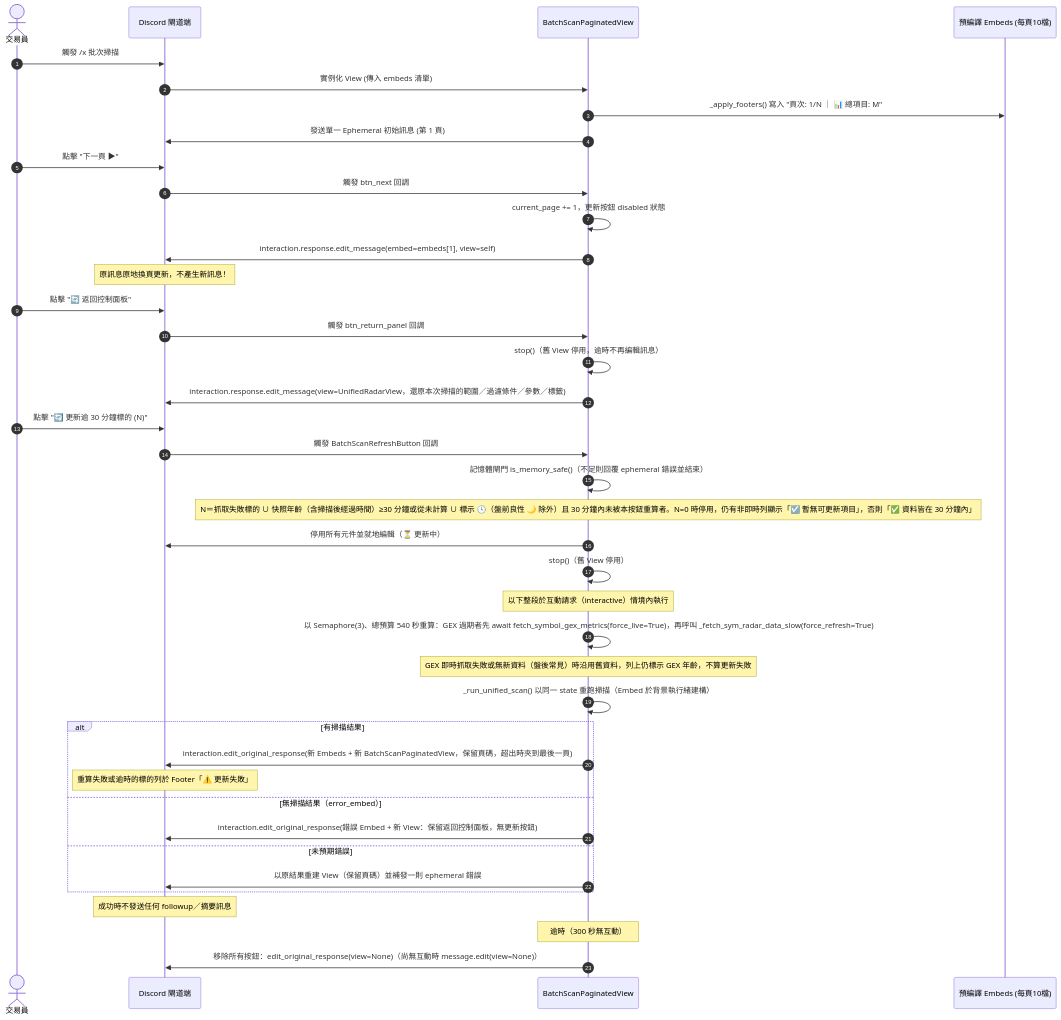
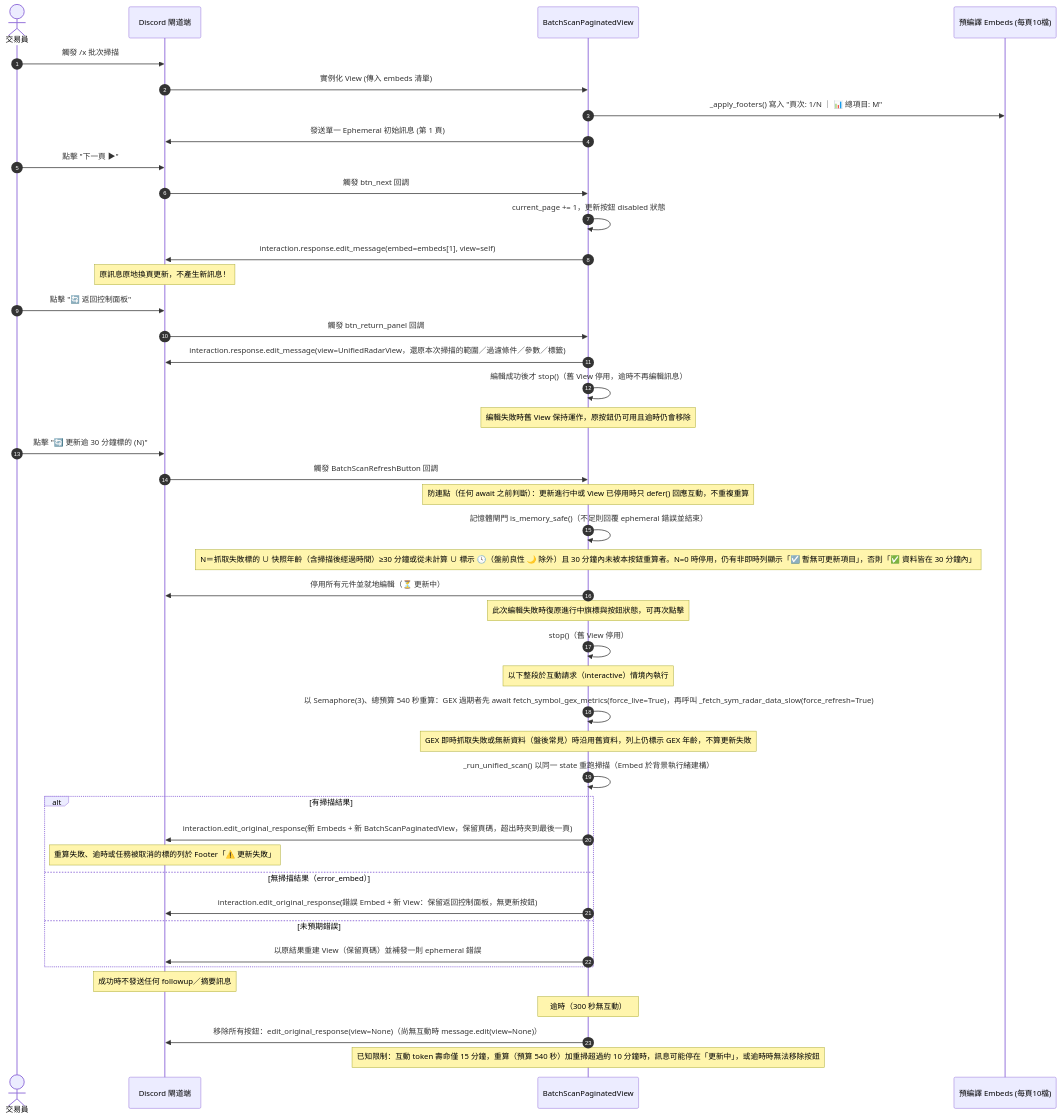
One commit to cosmo-chang-1701/nexus-seeker changed the second of 3 diagrams in docs/architecture/04_engineering_standards.md. Above: the diagram before and after it, drawn with Mermaid. The commit also changed other lines of this file and 2 other files, not shown here.

Commit message:
sop(radar-refresh-edges): 修正返回面板、更新按鈕連點與重算任務取消三個邊角

````diff
--- a/docs/architecture/04_engineering_standards.md
+++ b/docs/architecture/04_engineering_standards.md
@@ -107,47 +107,51 @@
 ```mermaid
 sequenceDiagram
     autonumber
     actor User as 交易員
     participant Discord as Discord 閘道端
     participant View as BatchScanPaginatedView
     participant Embeds as 預編譯 Embeds (每頁10檔)
 
     User->>Discord: 觸發 /x 批次掃描
     Discord->>View: 實例化 View (傳入 embeds 清單)
     View->>Embeds: _apply_footers() 寫入 "頁次: 1/N ｜ 📊 總項目: M"
     View->>Discord: 發送單一 Ephemeral 初始訊息 (第 1 頁)
 
     User->>Discord: 點擊 "下一頁 ▶"
     Discord->>View: 觸發 btn_next 回調
     View->>View: current_page += 1，更新按鈕 disabled 狀態
     View->>Discord: interaction.response.edit_message(embed=embeds[1], view=self)
     Note over Discord: 原訊息原地換頁更新，不產生新訊息！
 
     User->>Discord: 點擊 "🔄 返回控制面板"
     Discord->>View: 觸發 btn_return_panel 回調
-    View->>View: stop()（舊 View 停用，逾時不再編輯訊息）
     View->>Discord: interaction.response.edit_message(view=UnifiedRadarView，還原本次掃描的範圍／過濾條件／參數／標籤)
+    View->>View: 編輯成功後才 stop()（舊 View 停用，逾時不再編輯訊息）
+    Note over View: 編輯失敗時舊 View 保持運作，原按鈕仍可用且逾時仍會移除
 
     User->>Discord: 點擊 "🔄 更新逾 30 分鐘標的 (N)"
     Discord->>View: 觸發 BatchScanRefreshButton 回調
+    Note over View: 防連點（任何 await 之前判斷）：更新進行中或 View 已停用時只 defer() 回應互動，不重複重算
     View->>View: 記憶體閘門 is_memory_safe()（不足則回覆 ephemeral 錯誤並結束）
     Note over View: N＝抓取失敗標的 ∪ 快照年齡（含掃描後經過時間）≥30 分鐘或從未計算 ∪ 標示 🕓（盤前良性 🌙 除外）且 30 分鐘內未被本按鈕重算者。N=0 時停用，仍有非即時列顯示「☑️ 暫無可更新項目」，否則「✅ 資料皆在 30 分鐘內」
     View->>Discord: 停用所有元件並就地編輯（⏳ 更新中）
+    Note over View: 此次編輯失敗時復原進行中旗標與按鈕狀態，可再次點擊
     View->>View: stop()（舊 View 停用）
     Note over View: 以下整段於互動請求（interactive）情境內執行
     View->>View: 以 Semaphore(3)、總預算 540 秒重算：GEX 過期者先 await fetch_symbol_gex_metrics(force_live=True)，再呼叫 _fetch_sym_radar_data_slow(force_refresh=True)
     Note over View: GEX 即時抓取失敗或無新資料（盤後常見）時沿用舊資料，列上仍標示 GEX 年齡，不算更新失敗
     View->>View: _run_unified_scan() 以同一 state 重跑掃描（Embed 於背景執行緒建構）
     alt 有掃描結果
         View->>Discord: interaction.edit_original_response(新 Embeds + 新 BatchScanPaginatedView，保留頁碼，超出時夾到最後一頁)
-        Note over Discord: 重算失敗或逾時的標的列於 Footer「⚠️ 更新失敗」
+        Note over Discord: 重算失敗、逾時或任務被取消的標的列於 Footer「⚠️ 更新失敗」
     else 無掃描結果（error_embed）
         View->>Discord: interaction.edit_original_response(錯誤 Embed + 新 View：保留返回控制面板，無更新按鈕)
     else 未預期錯誤
         View->>Discord: 以原結果重建 View（保留頁碼）並補發一則 ephemeral 錯誤
     end
     Note over Discord: 成功時不發送任何 followup／摘要訊息
 
     Note over View: 逾時（300 秒無互動）
     View->>Discord: 移除所有按鈕：edit_original_response(view=None)（尚無互動時 message.edit(view=None)）
+    Note over View: 已知限制：互動 token 壽命僅 15 分鐘，重算（預算 540 秒）加重掃超過約 10 分鐘時，訊息可能停在「更新中」，或逾時時無法移除按鈕
 ```
````
